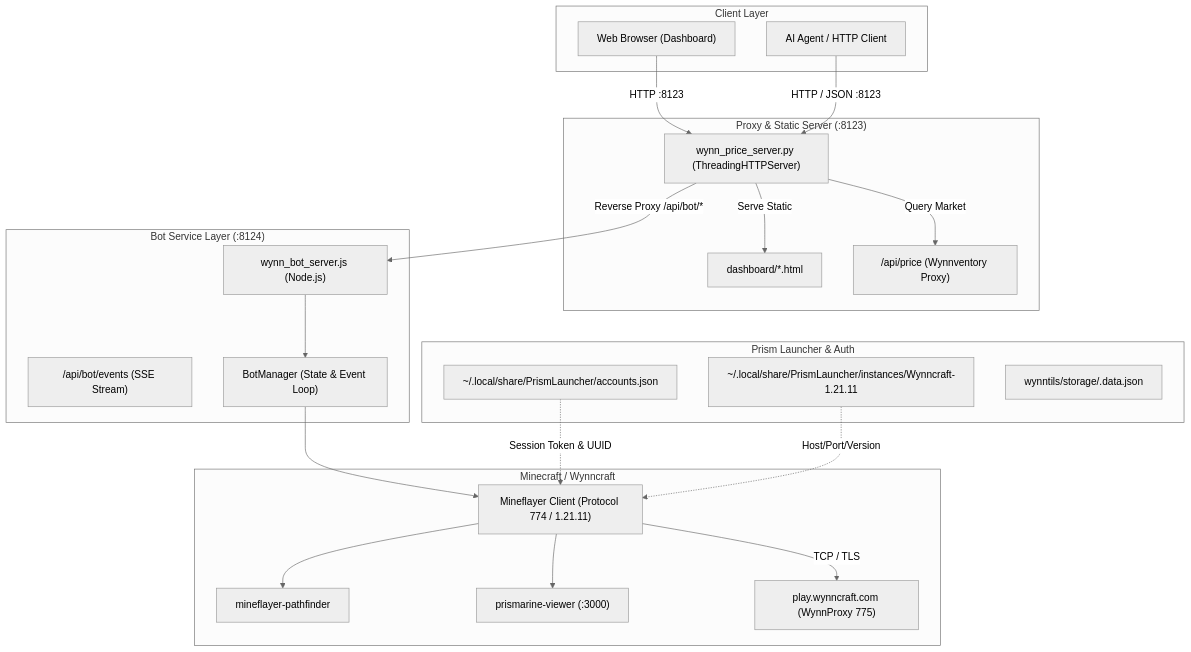
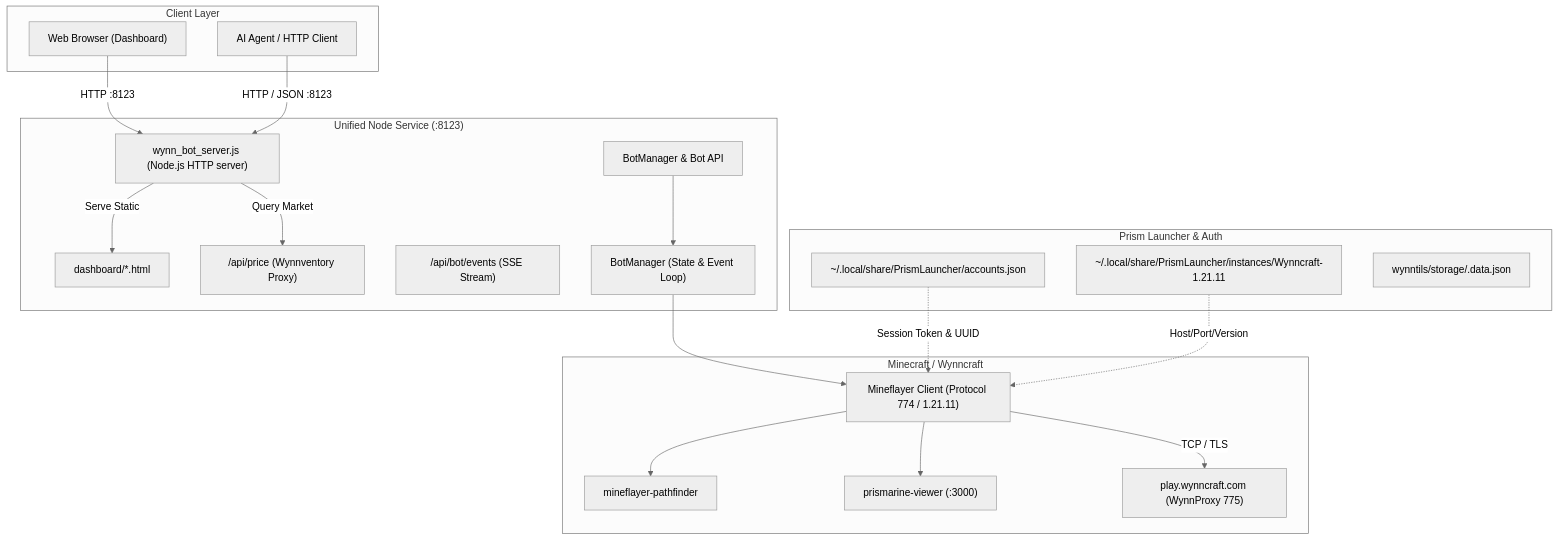
One commit to Shubin123/wynncraft-quicklaunch changed the diagram in docs/AGENT_GUIDE.md. Above: the diagram before and after it, drawn with Mermaid (neutral theme). The commit also changed other lines of this file and 12 other files, not shown here.

Commit message:
Complete unified Wynn service consolidation

````diff
--- a/docs/AGENT_GUIDE.md
+++ b/docs/AGENT_GUIDE.md
@@ -9,45 +9,41 @@
 ```mermaid
 flowchart TD
     subgraph Client ["Client Layer"]
         Browser["Web Browser (Dashboard)"]
         Agent["AI Agent / HTTP Client"]
     end
 
-    subgraph Proxy ["Proxy & Static Server (:8123)"]
-        PS["wynn_price_server.py (ThreadingHTTPServer)"]
+    subgraph Unified ["Unified Node Service (:8123)"]
+        PS["wynn_bot_server.js (Node.js HTTP server)"]
         Static["dashboard/*.html"]
         PriceAPI["/api/price (Wynnventory Proxy)"]
-    end
-
-    subgraph BotService ["Bot Service Layer (:8124)"]
-        BS["wynn_bot_server.js (Node.js)"]
+        BS["BotManager & Bot API"]
         SSE["/api/bot/events (SSE Stream)"]
         State["BotManager (State & Event Loop)"]
     end
 
     subgraph PrismLayer ["Prism Launcher & Auth"]
         PrismAcc["~/.local/share/PrismLauncher/accounts.json"]
         PrismCfg["~/.local/share/PrismLauncher/instances/Wynncraft-1.21.11"]
         WynntilsData["wynntils/storage/<uuid>.data.json"]
     end
 
     subgraph MinecraftLayer ["Minecraft / Wynncraft"]
         MF["Mineflayer Client (Protocol 774 / 1.21.11)"]
         Pathfinder["mineflayer-pathfinder"]
         Viewer["prismarine-viewer (:3000)"]
         WynnServer["play.wynncraft.com (WynnProxy 775)"]
     end
 
     Browser -->|HTTP :8123| PS
     Agent -->|HTTP / JSON :8123| PS
     PS -->|Serve Static| Static
     PS -->|Query Market| PriceAPI
-    PS -->|Reverse Proxy /api/bot/*| BS
     BS --> State
     State --> MF
     MF --> Pathfinder
     MF --> Viewer
     PrismAcc -.->|Session Token & UUID| MF
     PrismCfg -.->|Host/Port/Version| MF
     MF -->|TCP / TLS| WynnServer
 ```
````
